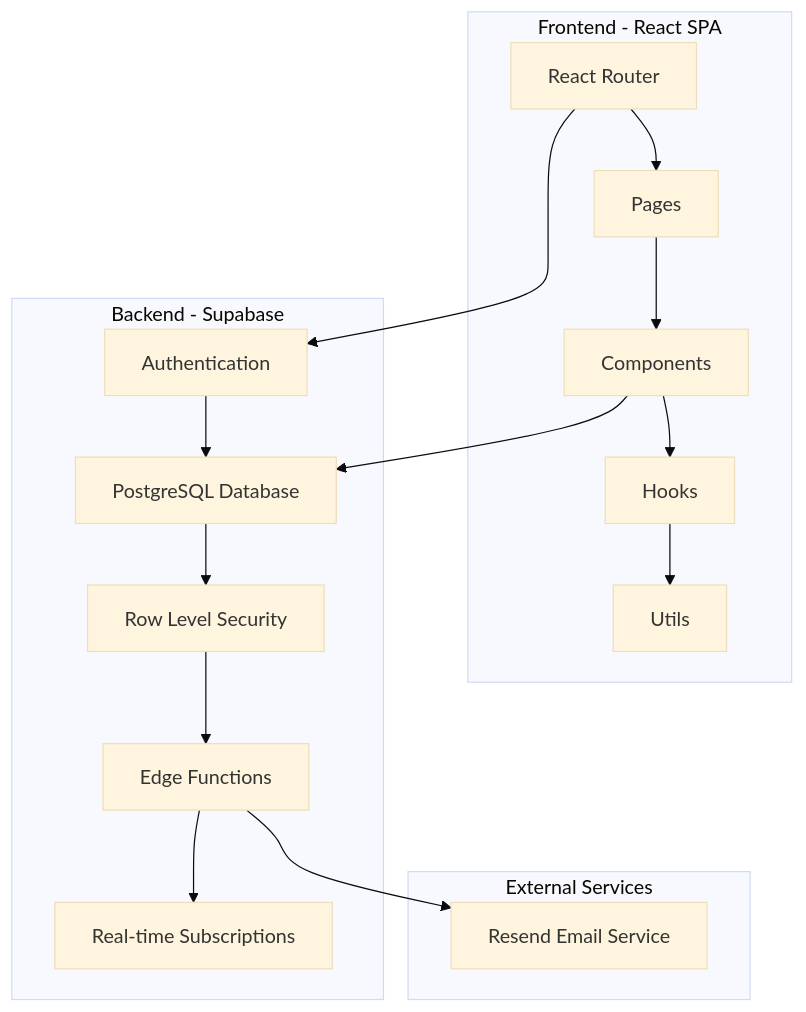
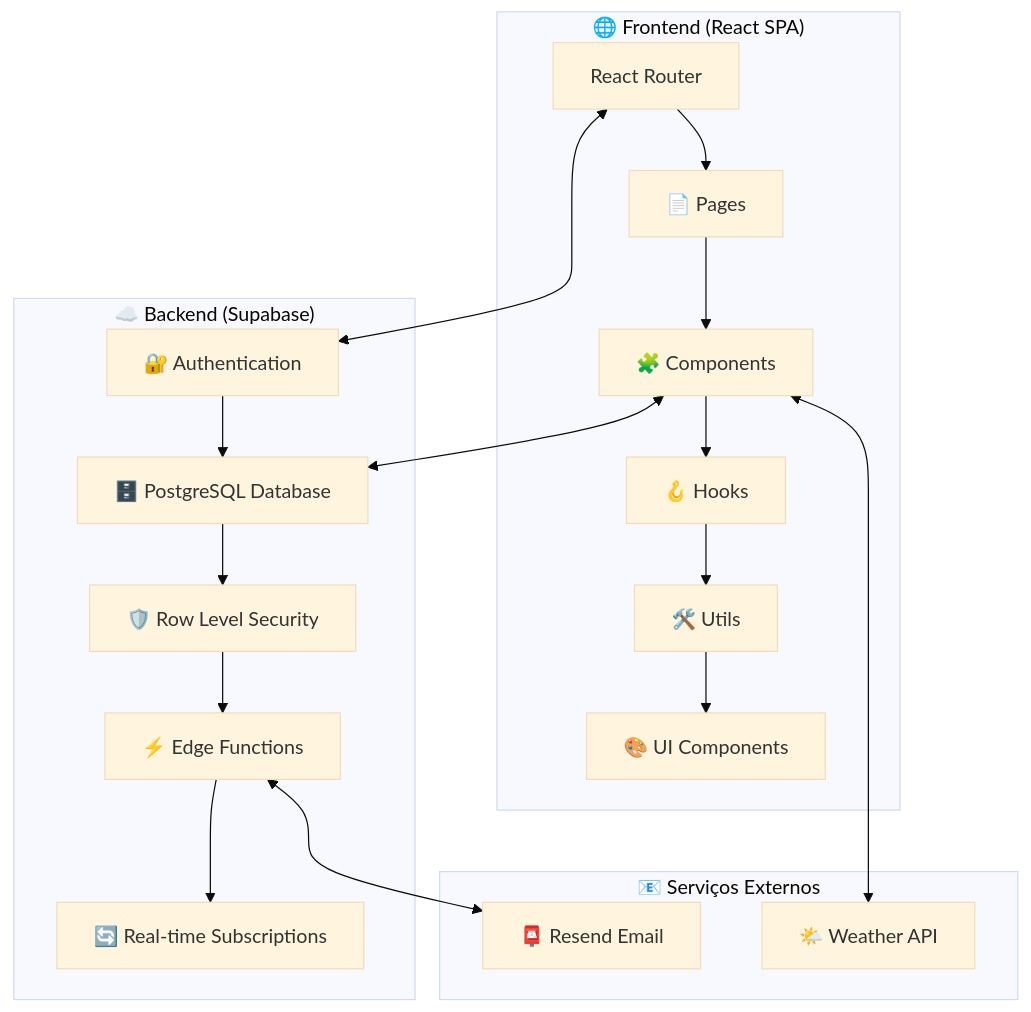
One commit to xtale55/geko-aguo-culture changed the first of 5 diagrams in DOCUMENTACAO.md. Above: the diagram before and after it, drawn with Mermaid (base theme). The commit also changed other lines of this file, not shown here.

````diff
--- a/DOCUMENTACAO.md
+++ b/DOCUMENTACAO.md
@@ -44,24 +44,27 @@
 ```mermaid
 graph TB
-    subgraph "Frontend - React SPA"
-        A[React Router] --> B[Pages]
-        B --> C[Components]
-        C --> D[Hooks]
-        D --> E[Utils]
+    subgraph "🌐 Frontend (React SPA)"
+        A[React Router] --> B[📄 Pages]
+        B --> C[🧩 Components]
+        C --> D[🪝 Hooks]
+        D --> E[🛠️ Utils]
+        E --> F[🎨 UI Components]
     end
     
-    subgraph "Backend - Supabase"
-        F[Authentication] --> G[PostgreSQL Database]
-        G --> H[Row Level Security]
-        H --> I[Edge Functions]
-        I --> J[Real-time Subscriptions]
+    subgraph "☁️ Backend (Supabase)"
+        G[🔐 Authentication] --> H[🗄️ PostgreSQL Database]
+        H --> I[🛡️ Row Level Security]
+        I --> J[⚡ Edge Functions]
+        J --> K[🔄 Real-time Subscriptions]
     end
     
-    subgraph "External Services"
-        K[Resend Email Service]
+    subgraph "📧 Serviços Externos"
+        L[📮 Resend Email]
+        M[🌤️ Weather API]
     end
     
-    A --> F
-    C --> G
-    I --> K
+    A <--> G
+    C <--> H
+    J <--> L
+    C <--> M
 ```
````
